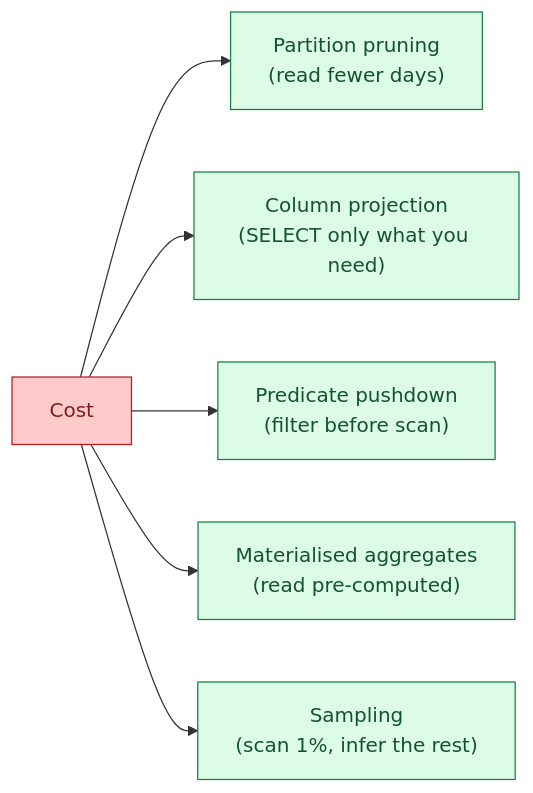
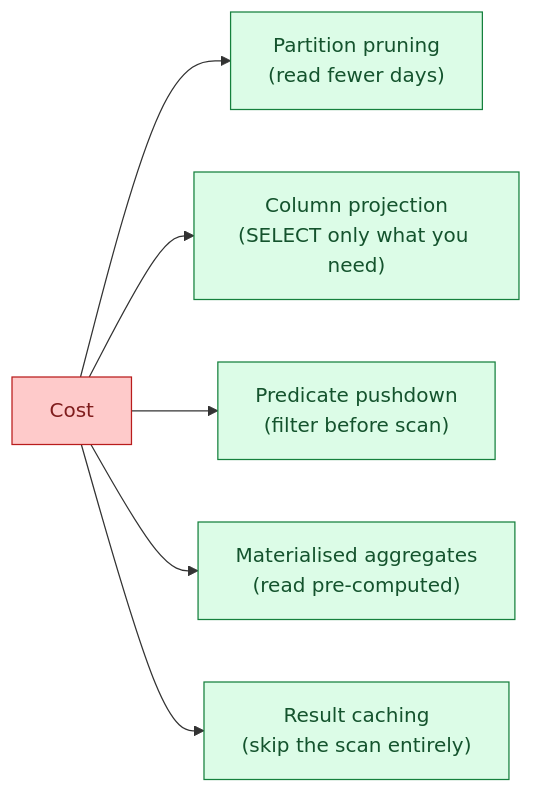
Before and after one commit to shiningflash/shiningflash.github.io: the first of 3 diagrams in _de_concepts/060-scan-less-rule.md, drawn with Mermaid. The commit also changed other lines of this file and 69 other files, not shown here.

````diff
--- a/_de_concepts/060-scan-less-rule.md
+++ b/_de_concepts/060-scan-less-rule.md
@@ -12,12 +14,12 @@
 ```mermaid
 flowchart LR
     Bill["Cost"]:::r
     Bill --> A["Partition pruning<br/>(read fewer days)"]:::g
     Bill --> B["Column projection<br/>(SELECT only what you need)"]:::g
     Bill --> C["Predicate pushdown<br/>(filter before scan)"]:::g
     Bill --> D["Materialised aggregates<br/>(read pre-computed)"]:::g
-    Bill --> E["Sampling<br/>(scan 1%, infer the rest)"]:::g
+    Bill --> E["Result caching<br/>(skip the scan entirely)"]:::g
 
     classDef r fill:#fecaca,stroke:#b91c1c,color:#7f1d1d
     classDef g fill:#dcfce7,stroke:#15803d,color:#14532d
 ```
````
